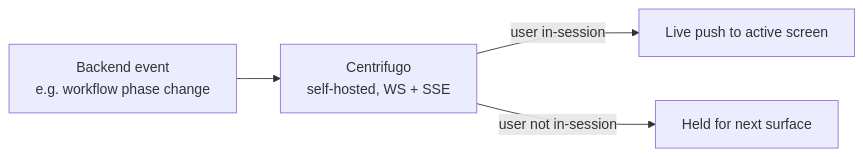
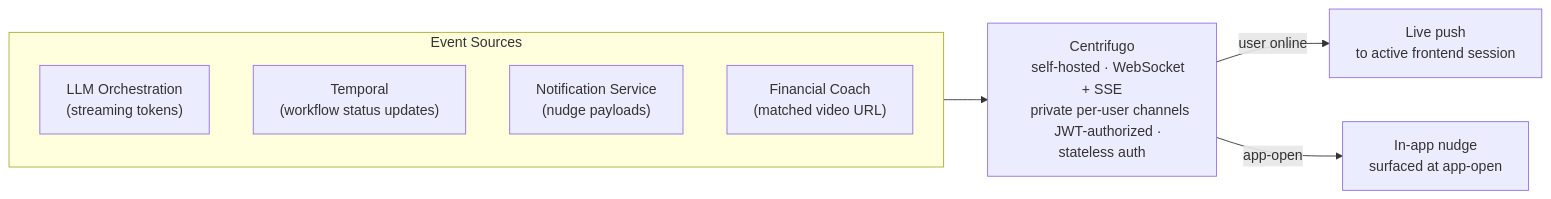
One commit to cozmox-projects/good-score-ai-system changed the ninth of 11 diagrams in 1. Overall Architecture/technical_architecture_HLD.md. Above: the diagram before and after it, drawn with Mermaid. The commit also changed other lines of this file, not shown here.

Commit message:
Updated the Technical Architecture document to cleaned up version

````diff
--- a/1. Overall Architecture/technical_architecture_HLD.md
+++ b/1. Overall Architecture/technical_architecture_HLD.md
@@ -133,6 +584,23 @@
 ```mermaid
 flowchart LR
-    BE["Backend event<br/>e.g. workflow phase change"] --> CENT["Centrifugo<br/>self-hosted, WS + SSE"]
-    CENT -->|"user in-session"| LIVE["Live push to active screen"]
-    CENT -->|"user not in-session"| QUEUED["Held for next surface"]
+    subgraph Sources["Event Sources"]
+        LLM2["LLM Orchestration
+        (streaming tokens)"]
+        TMP["Temporal
+        (workflow status updates)"]
+        NOTIF["Notification Service
+        (nudge payloads)"]
+        COACH["Financial Coach
+        (matched video URL)"]
+    end
+
+    Sources --> CENT["Centrifugo
+    self-hosted · WebSocket + SSE
+    private per-user channels
+    JWT-authorized · stateless auth"]
+
+    CENT -->|"user online"| LIVE["Live push
+    to active frontend session"]
+    CENT -->|"app-open"| NUDGE["In-app nudge
+    surfaced at app-open"]
 ```
````
